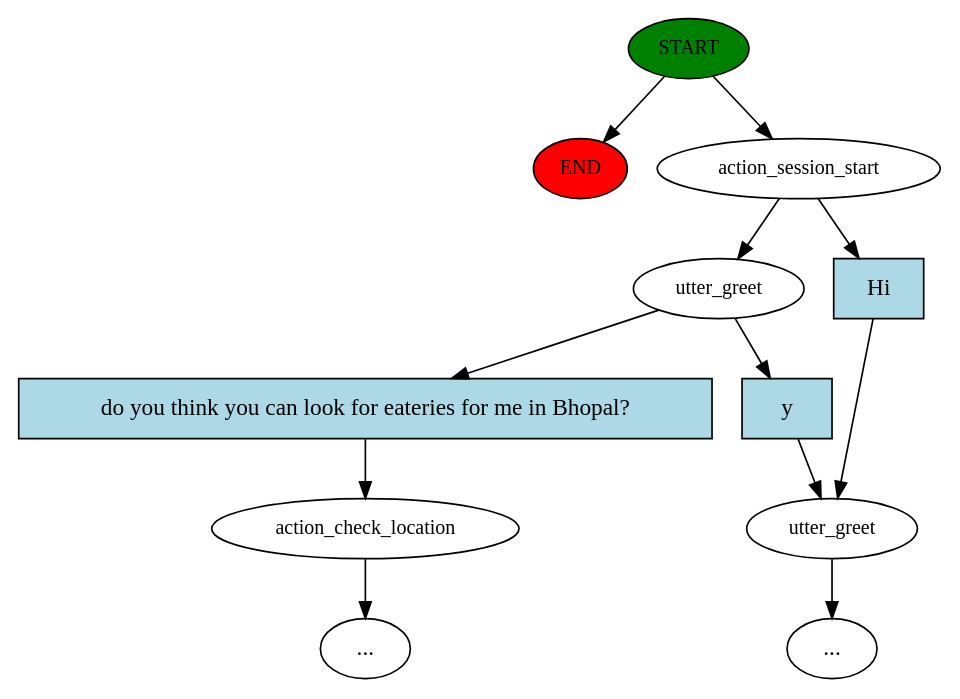
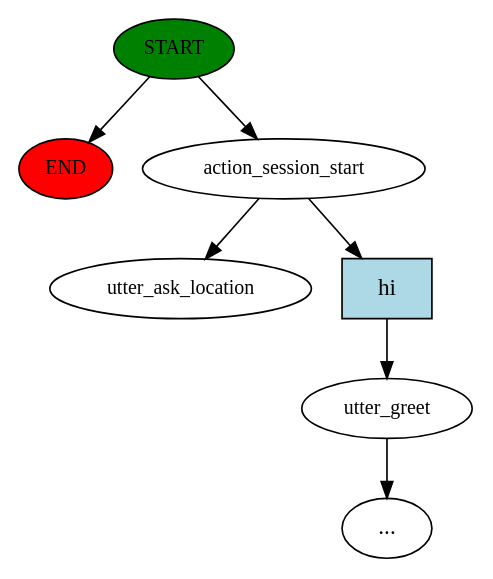
The diagram in chat_bot/story_graph.dot (amitbcp/machine_learning_problems), drawn with Graphviz before and after one commit. The commit also changed 3 other files, not shown here.

```diff
--- a/chat_bot/story_graph.dot
+++ b/chat_bot/story_graph.dot
@@ -1,24 +1,15 @@
 digraph  {
 0 [class="start active", fillcolor=green, fontsize=12, label=START, style=filled];
 "-1" [class=end, fillcolor=red, fontsize=12, label=END, style=filled];
 1 [class=active, fontsize=12, label=action_session_start];
 2 [class="", fontsize=12, label=utter_greet];
-4 [class="dashed active", fontsize=12, label=utter_greet];
 "-4" [class=ellipsis, label="..."];
-8 [class="", fontsize=12, label=action_check_location];
-"-6" [class=ellipsis, label="..."];
-14 [class=intent, fillcolor=lightblue, label=Hi, shape=rect, style=filled];
-15 [class=intent, fillcolor=lightblue, label=y, shape=rect, style=filled];
-16 [class=intent, fillcolor=lightblue, label="do you think you can look for eateries for me in Bhopal?", shape=rect, style=filled];
+6 [class="dashed active", fontsize=12, label=utter_ask_location];
+7 [class=intent, fillcolor=lightblue, label=hi, shape=rect, style=filled];
 0 -> "-1"  [class="", key=NONE, label=""];
 0 -> 1  [class=active, key=NONE, label=""];
-1 -> 4  [class=active, key=NONE, label=""];
-1 -> 14  [class="", key=0];
+1 -> 6  [class=active, key=NONE, label=""];
+1 -> 7  [class="", key=0];
 2 -> "-4"  [class="", key=NONE, label=""];
-4 -> 15  [class="", key=0];
-4 -> 16  [class="", key=0];
-8 -> "-6"  [class="", key=NONE, label=""];
-14 -> 2  [class="", key=0];
-15 -> 2  [class="", key=0];
-16 -> 8  [class="", key=0];
+7 -> 2  [class="", key=0];
 }
```
